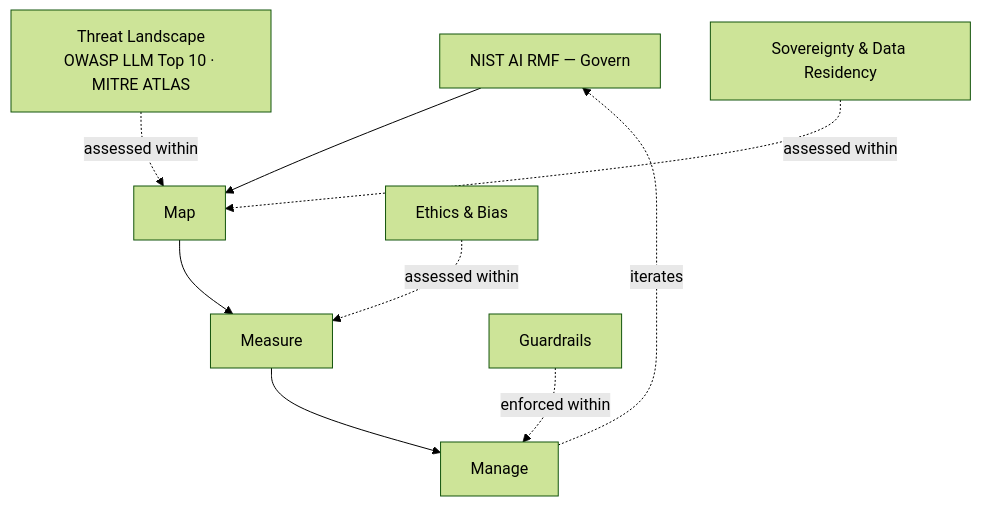
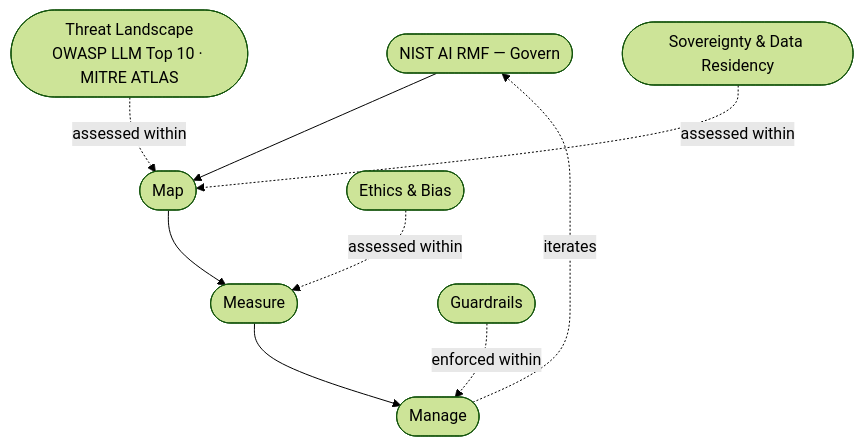
Before and after one commit to Sunparus/ai-native-product-ops: the diagram in docs/domains/ai-security-risk/index.md, drawn with Mermaid (forest theme). The commit also changed 11 other files, not shown here.

````diff
--- a/docs/domains/ai-security-risk/index.md
+++ b/docs/domains/ai-security-risk/index.md
@@ -12,12 +12,12 @@
 ```mermaid
 flowchart TB
-    GOV["NIST AI RMF — Govern"] --> MAP["Map"]
-    MAP --> MEAS["Measure"]
-    MEAS --> MANAGE["Manage"]
+    GOV(["NIST AI RMF — Govern"]) --> MAP(["Map"])
+    MAP --> MEAS(["Measure"])
+    MEAS --> MANAGE(["Manage"])
     MANAGE -.iterates.-> GOV
 
-    THREAT[Threat Landscape<br/>OWASP LLM Top 10 · MITRE ATLAS] -.assessed within.-> MAP
-    SOV[Sovereignty & Data Residency] -.assessed within.-> MAP
-    ETH[Ethics & Bias] -.assessed within.-> MEAS
-    GUARD[Guardrails] -.enforced within.-> MANAGE
+    THREAT(["Threat Landscape<br/>OWASP LLM Top 10 · MITRE ATLAS"]) -.assessed within.-> MAP
+    SOV(["Sovereignty & Data Residency"]) -.assessed within.-> MAP
+    ETH(["Ethics & Bias"]) -.assessed within.-> MEAS
+    GUARD(["Guardrails"]) -.enforced within.-> MANAGE
 ```
````
